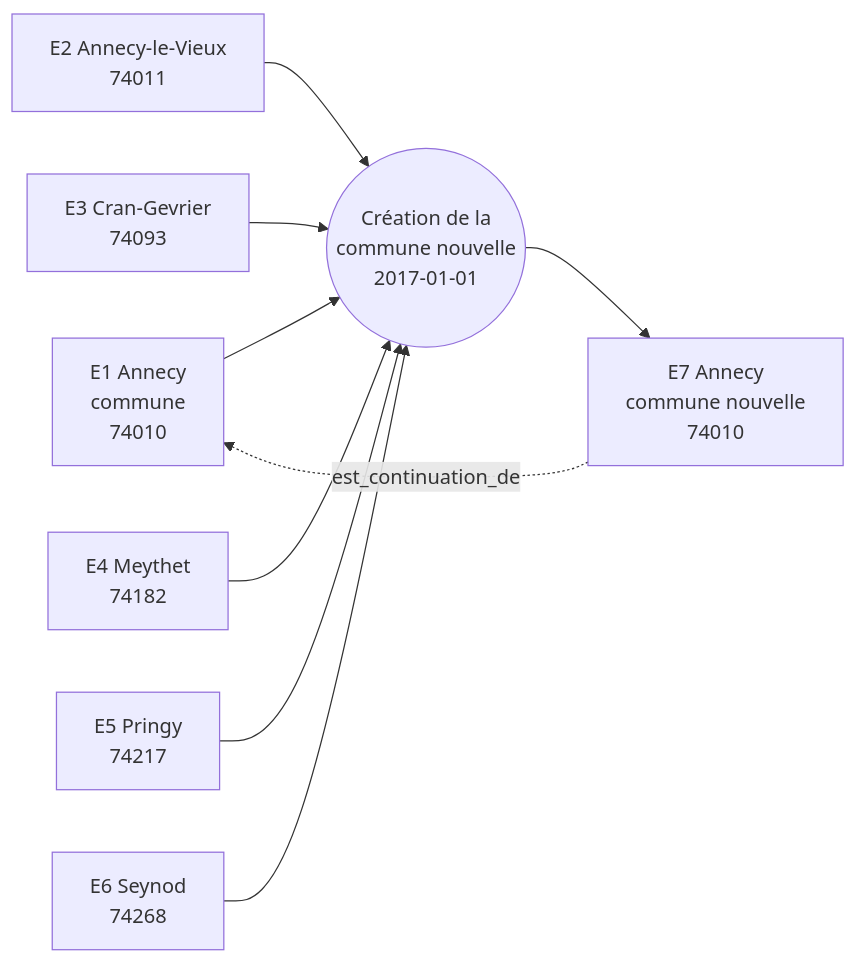
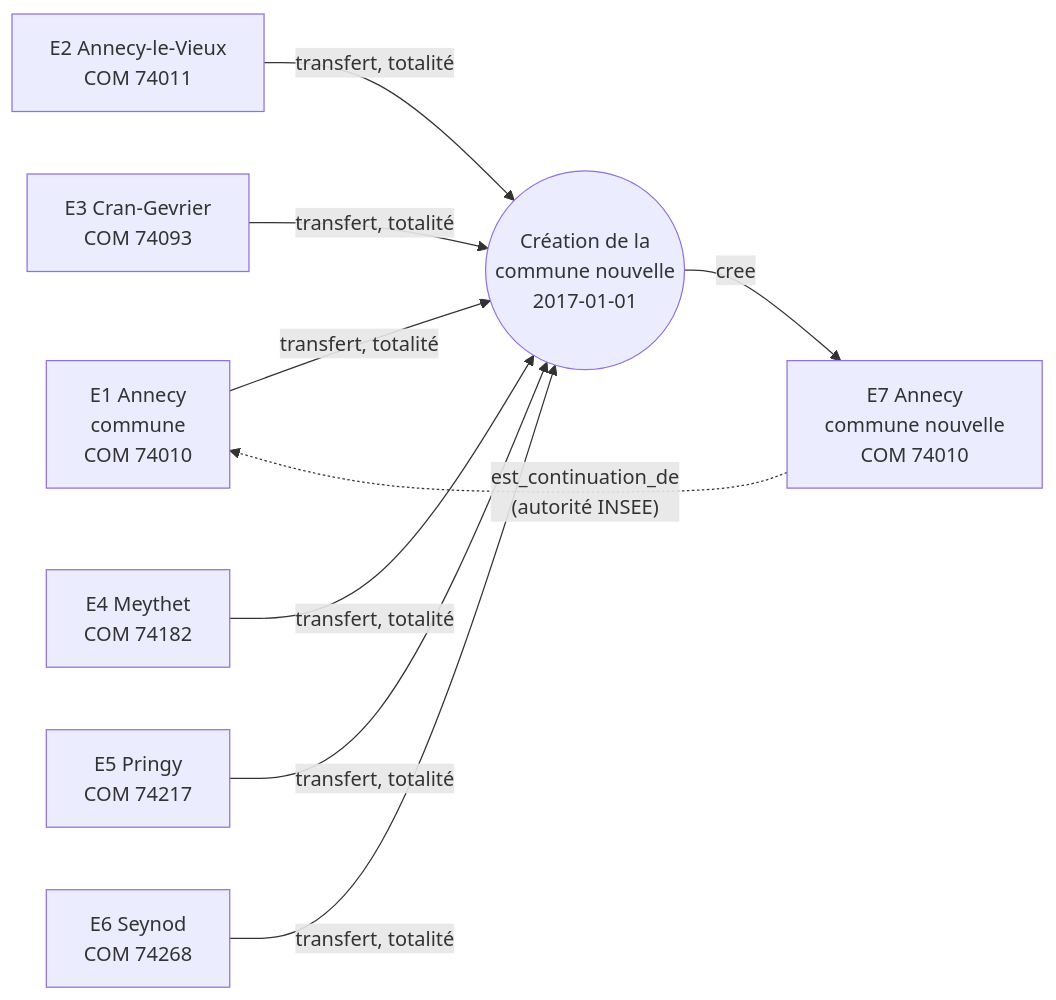
The third of 5 diagrams in docs/modele-donnees.md (Lukianos76/atlas), drawn with Mermaid before and after one commit. The commit also changed other lines of this file, not shown here.

````diff
--- a/docs/modele-donnees.md
+++ b/docs/modele-donnees.md
@@ -536,11 +754,11 @@
 ```mermaid
 flowchart LR
-    E1["E1 Annecy<br/>commune<br/>74010"] --> EV(("Création de la<br/>commune nouvelle<br/>2017-01-01"))
-    E2["E2 Annecy-le-Vieux<br/>74011"] --> EV
-    E3["E3 Cran-Gevrier<br/>74093"] --> EV
-    E4["E4 Meythet<br/>74182"] --> EV
-    E5["E5 Pringy<br/>74217"] --> EV
-    E6["E6 Seynod<br/>74268"] --> EV
-    EV --> E7["E7 Annecy<br/>commune nouvelle<br/>74010"]
-    E7 -. "est_continuation_de" .-> E1
+    E1["E1 Annecy<br/>commune<br/>COM 74010"] -- "transfert, totalité" --> EV(("Création de la<br/>commune nouvelle<br/>2017-01-01"))
+    E2["E2 Annecy-le-Vieux<br/>COM 74011"] -- "transfert, totalité" --> EV
+    E3["E3 Cran-Gevrier<br/>COM 74093"] -- "transfert, totalité" --> EV
+    E4["E4 Meythet<br/>COM 74182"] -- "transfert, totalité" --> EV
+    E5["E5 Pringy<br/>COM 74217"] -- "transfert, totalité" --> EV
+    E6["E6 Seynod<br/>COM 74268"] -- "transfert, totalité" --> EV
+    EV -- "cree" --> E7["E7 Annecy<br/>commune nouvelle<br/>COM 74010"]
+    E7 -. "est_continuation_de<br/>(autorité INSEE)" .-> E1
 ```
````
